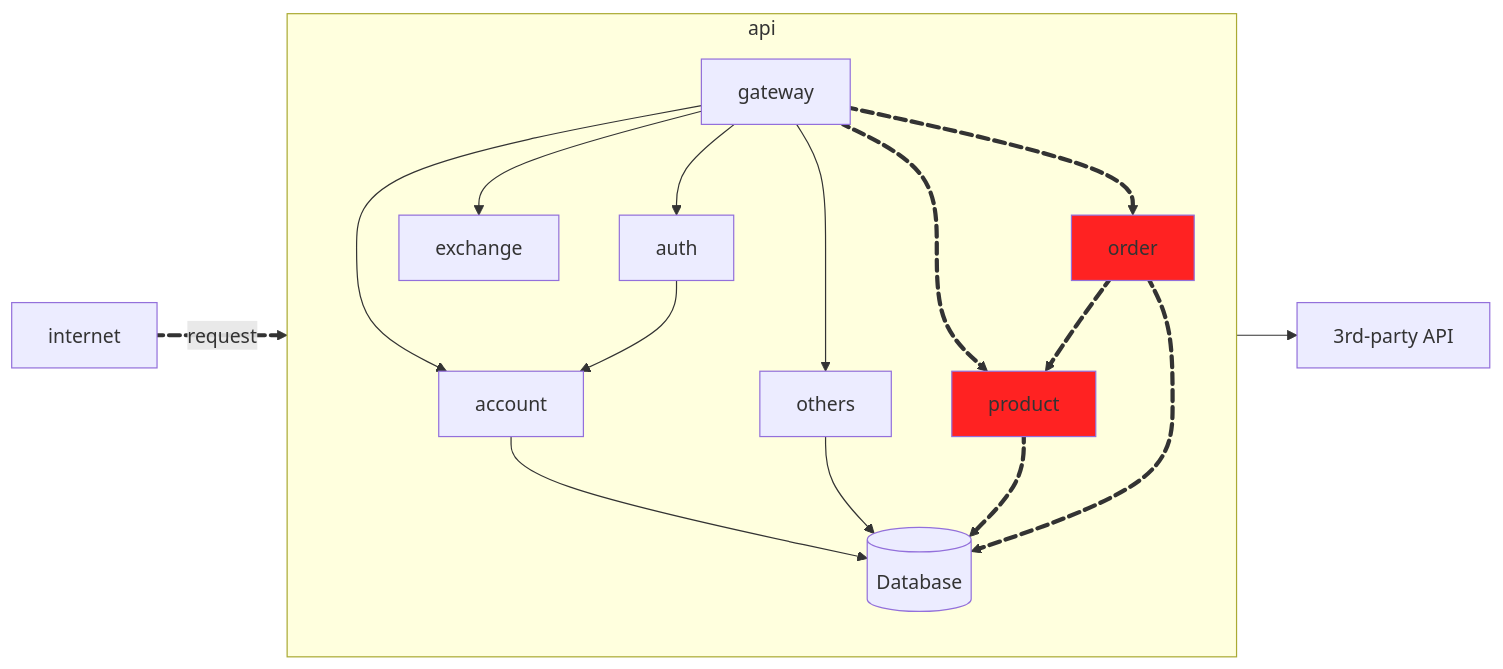
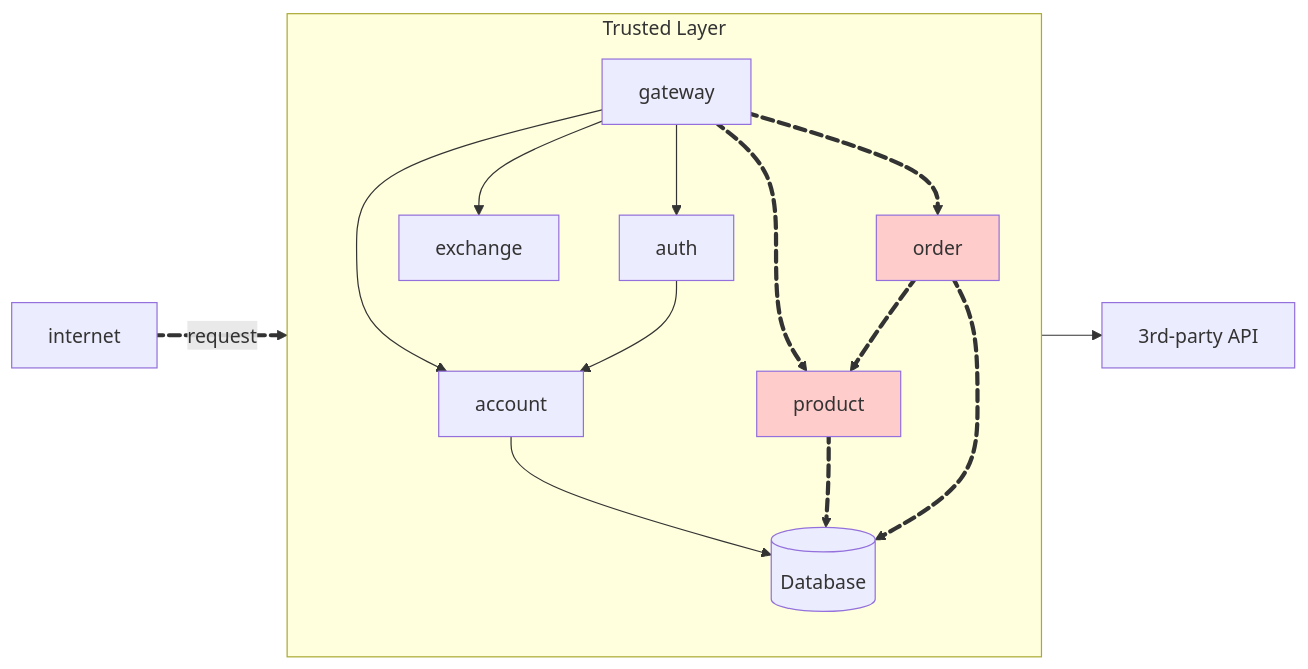
The diagram in docs/exercises/exercise2.md (laupontiroli/platform_api-serv), drawn with Mermaid before and after one commit. The commit also changed 5 other files, not shown here.

````diff
--- a/docs/exercises/exercise2.md
+++ b/docs/exercises/exercise2.md
@@ -5,29 +5,27 @@
 ``` mermaid
 flowchart LR
-    subgraph api
+    subgraph api [Trusted Layer]
         direction TB
         gateway --> account
         gateway --> auth
-        gateway --> others
         account --> db@{ shape: cyl, label: "Database" }
-        others --> db
         auth --> account
         gateway --> exchange
-        gateway e5@==> product:::color
-        gateway e6@==> order:::color
+        gateway e5@==> product:::red
+        gateway e6@==> order:::red
         product e2@==> db
         order e3@==> db
         order e4@==> product
     end
     exchange --> 3partyapi@{label: "3rd-party API"}
     internet e1@==>|request| gateway
     e1@{ animate: true }
     e2@{ animate: true }
     e3@{ animate: true }
     e4@{ animate: true }
     e5@{ animate: true }
     e6@{ animate: true }
-    classDef color fill:#f22
+    classDef red fill:#fcc
     click product "#product-api" "Product API"
     click order "#order-api" "Order API"
 ```
````
